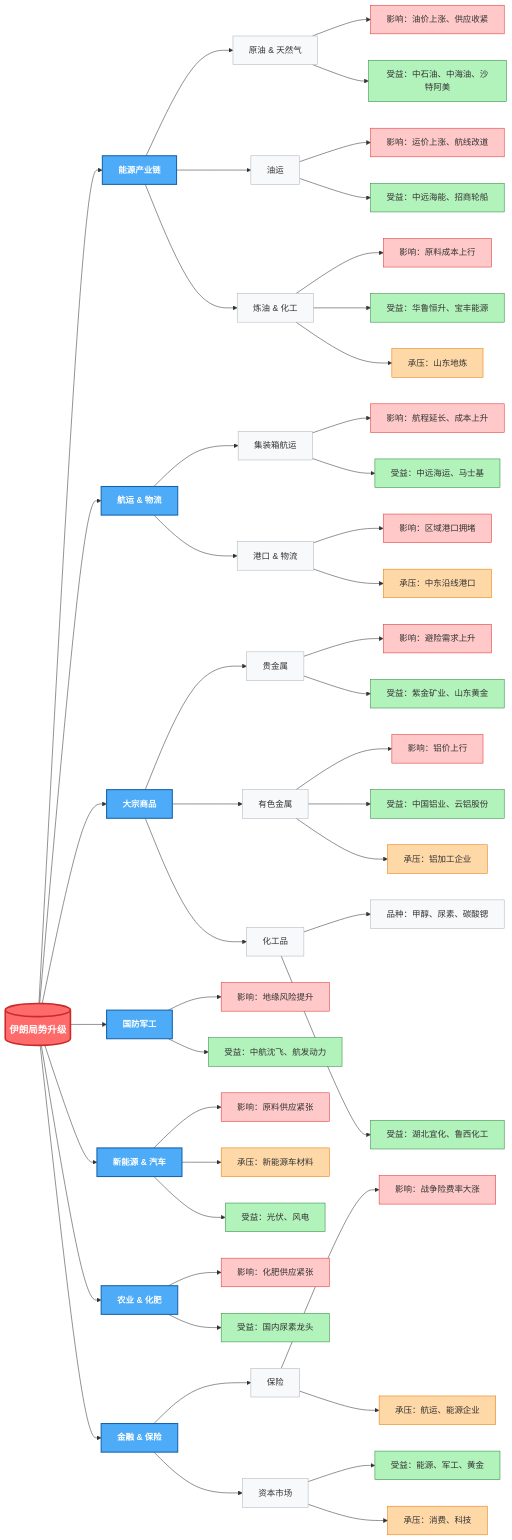
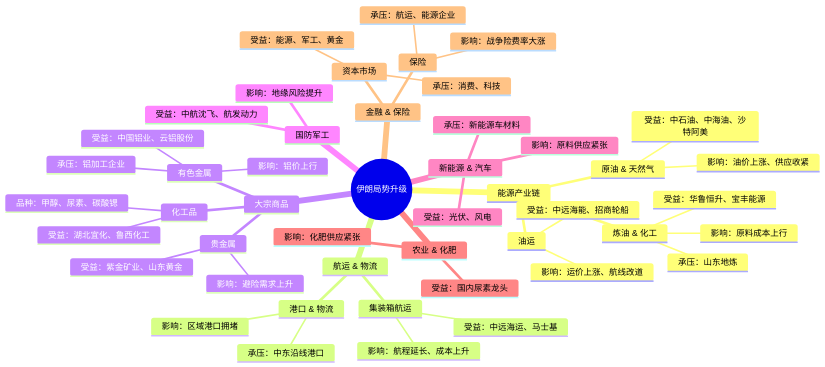
The diagram in README.md (yinyinfeiqiao/advanced-java-skills), drawn with Mermaid before and after one commit.

````diff
--- a/README.md
+++ b/README.md
@@ -1,108 +1,50 @@
 ```mermaid
-graph LR
-    %% 定义样式类 (无 Emoji)
-    classDef rootStyle fill:#ff6b6b,stroke:#c92a2a,stroke-width:3px,color:#fff,font-size:18px,font-weight:bold;
-    classDef categoryStyle fill:#4dabf7,stroke:#1864ab,stroke-width:2px,color:#fff,font-weight:bold;
-    classDef impactStyle fill:#ffc9c9,stroke:#e03131,stroke-width:1px,color:#333;
-    classDef benefitStyle fill:#b2f2bb,stroke:#2b8a3e,stroke-width:1px,color:#333;
-    classDef pressureStyle fill:#ffd8a8,stroke:#e67700,stroke-width:1px,color:#333;
-    classDef neutralStyle fill:#f8f9fa,stroke:#adb5bd,stroke-width:1px,color:#333;
-
-    %% 根节点
-    Root[("伊朗局势升级")]:::rootStyle
-
-    %% 一级分类节点
-    Energy[能源产业链]:::categoryStyle
-    Shipping[航运 & 物流]:::categoryStyle
-    Commodity[大宗商品]:::categoryStyle
-    Defense[国防军工]:::categoryStyle
-    NewEnergy[新能源 & 汽车]:::categoryStyle
-    Agriculture[农业 & 化肥]:::categoryStyle
-    Finance[金融 & 保险]:::categoryStyle
-
-    %% 连接根节点到一级分类
-    Root --> Energy
-    Root --> Shipping
-    Root --> Commodity
-    Root --> Defense
-    Root --> NewEnergy
-    Root --> Agriculture
-    Root --> Finance
-
-    %% --- 能源产业链 ---
-    Oil[原油 & 天然气]:::neutralStyle
-    OilTrans[油运]:::neutralStyle
-    Refine[炼油 & 化工]:::neutralStyle
-    
-    Energy --> Oil
-    Energy --> OilTrans
-    Energy --> Refine
-
-    Oil --> OilImp[影响：油价上涨、供应收紧]:::impactStyle
-    Oil --> OilBen[受益：中石油、中海油、沙特阿美]:::benefitStyle
-
-    OilTrans --> TransImp[影响：运价上涨、航线改道]:::impactStyle
-    OilTrans --> TransBen[受益：中远海能、招商轮船]:::benefitStyle
-
-    Refine --> RefImp[影响：原料成本上行]:::impactStyle
-    Refine --> RefBen[受益：华鲁恒升、宝丰能源]:::benefitStyle
-    Refine --> RefPre[承压：山东地炼]:::pressureStyle
-
-    %% --- 航运 & 物流 ---
-    Container[集装箱航运]:::neutralStyle
-    PortLog[港口 & 物流]:::neutralStyle
-
-    Shipping --> Container
-    Shipping --> PortLog
-
-    Container --> ConImp[影响：航程延长、成本上升]:::impactStyle
-    Container --> ConBen[受益：中远海运、马士基]:::benefitStyle
-
-    PortLog --> PortImp[影响：区域港口拥堵]:::impactStyle
-    PortLog --> PortPre[承压：中东沿线港口]:::pressureStyle
-
-    %% --- 大宗商品 ---
-    Metal[贵金属]:::neutralStyle
-    NonFerrous[有色金属]:::neutralStyle
-    Chem[化工品]:::neutralStyle
-
-    Commodity --> Metal
-    Commodity --> NonFerrous
-    Commodity --> Chem
-
-    Metal --> MetImp[影响：避险需求上升]:::impactStyle
-    Metal --> MetBen[受益：紫金矿业、山东黄金]:::benefitStyle
-
-    NonFerrous --> NonImp[影响：铝价上行]:::impactStyle
-    NonFerrous --> NonBen[受益：中国铝业、云铝股份]:::benefitStyle
-    NonFerrous --> NonPre[承压：铝加工企业]:::pressureStyle
-
-    Chem --> ChemVar[品种：甲醇、尿素、碳酸锶]:::neutralStyle
-    Chem --> ChemBen[受益：湖北宜化、鲁西化工]:::benefitStyle
-
-    %% --- 国防军工 ---
-    Defense --> DefImp[影响：地缘风险提升]:::impactStyle
-    Defense --> DefBen[受益：中航沈飞、航发动力]:::benefitStyle
-
-    %% --- 新能源 & 汽车 ---
-    NewEnergy --> NewImp[影响：原料供应紧张]:::impactStyle
-    NewEnergy --> NewPre[承压：新能源车材料]:::pressureStyle
-    NewEnergy --> NewBen[受益：光伏、风电]:::benefitStyle
-
-    %% --- 农业 & 化肥 ---
-    Agriculture --> AgrImp[影响：化肥供应紧张]:::impactStyle
-    Agriculture --> AgrBen[受益：国内尿素龙头]:::benefitStyle
-
-    %% --- 金融 & 保险 ---
-    Insurance[保险]:::neutralStyle
-    Capital[资本市场]:::neutralStyle
-
-    Finance --> Insurance
-    Finance --> Capital
-
-    Insurance --> InsImp[影响：战争险费率大涨]:::impactStyle
-    Insurance --> InsPre[承压：航运、能源企业]:::pressureStyle
-
-    Capital --> CapBen[受益：能源、军工、黄金]:::benefitStyle
-    Capital --> CapPre[承压：消费、科技]:::pressureStyle
+mindmap
+  root((伊朗局势升级))
+    能源产业链
+      原油 & 天然气
+        影响：油价上涨、供应收紧
+        受益：中石油、中海油、沙特阿美
+      油运
+        影响：运价上涨、航线改道
+        受益：中远海能、招商轮船
+      炼油 & 化工
+        影响：原料成本上行
+        受益：华鲁恒升、宝丰能源
+        承压：山东地炼
+    航运 & 物流
+      集装箱航运
+        影响：航程延长、成本上升
+        受益：中远海运、马士基
+      港口 & 物流
+        影响：区域港口拥堵
+        承压：中东沿线港口
+    大宗商品
+      贵金属
+        影响：避险需求上升
+        受益：紫金矿业、山东黄金
+      有色金属
+        影响：铝价上行
+        受益：中国铝业、云铝股份
+        承压：铝加工企业
+      化工品
+        品种：甲醇、尿素、碳酸锶
+        受益：湖北宜化、鲁西化工
+    国防军工
+      影响：地缘风险提升
+      受益：中航沈飞、航发动力
+    新能源 & 汽车
+      影响：原料供应紧张
+      承压：新能源车材料
+      受益：光伏、风电
+    农业 & 化肥
+      影响：化肥供应紧张
+      受益：国内尿素龙头
+    金融 & 保险
+      保险
+        影响：战争险费率大涨
+        承压：航运、能源企业
+      资本市场
+        受益：能源、军工、黄金
+        承压：消费、科技
 ```
````
